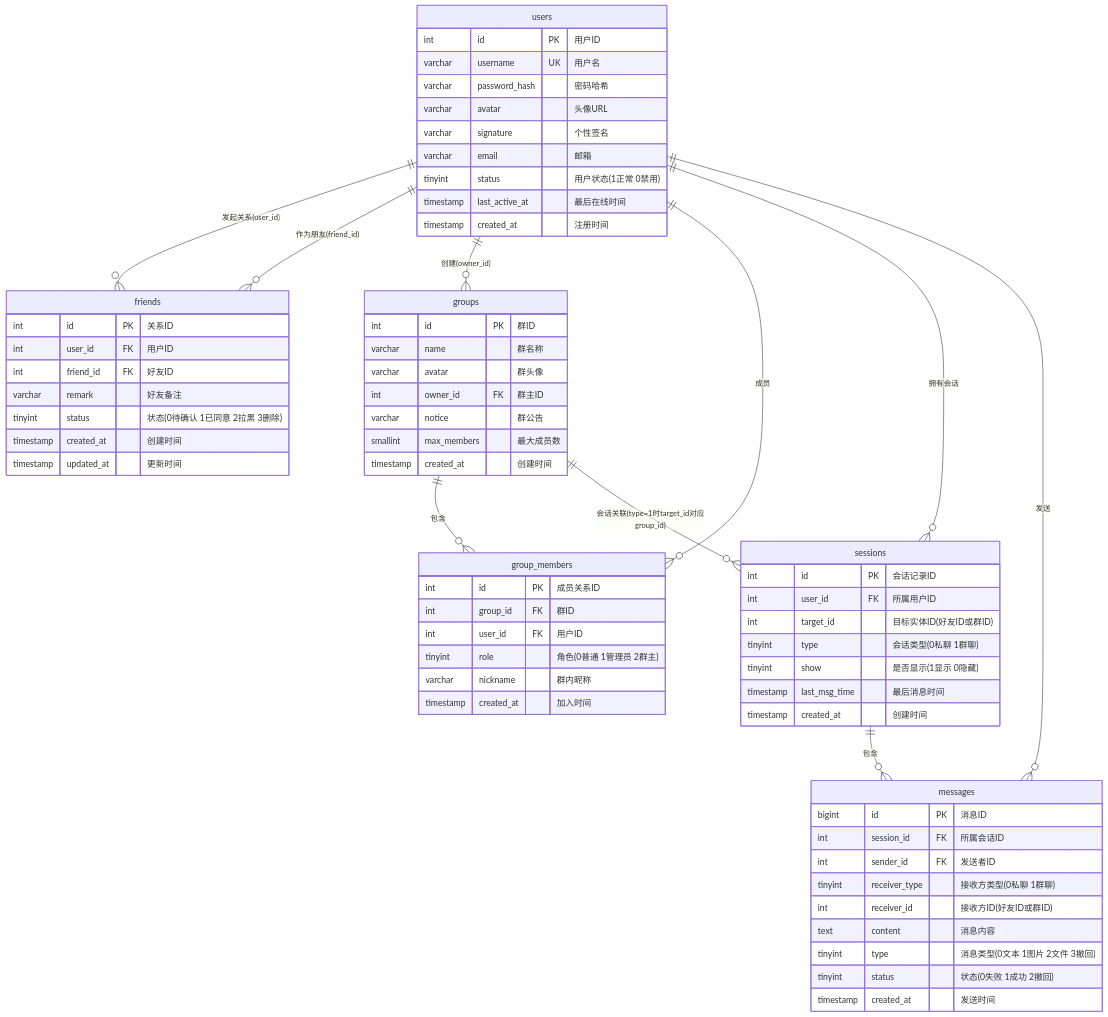
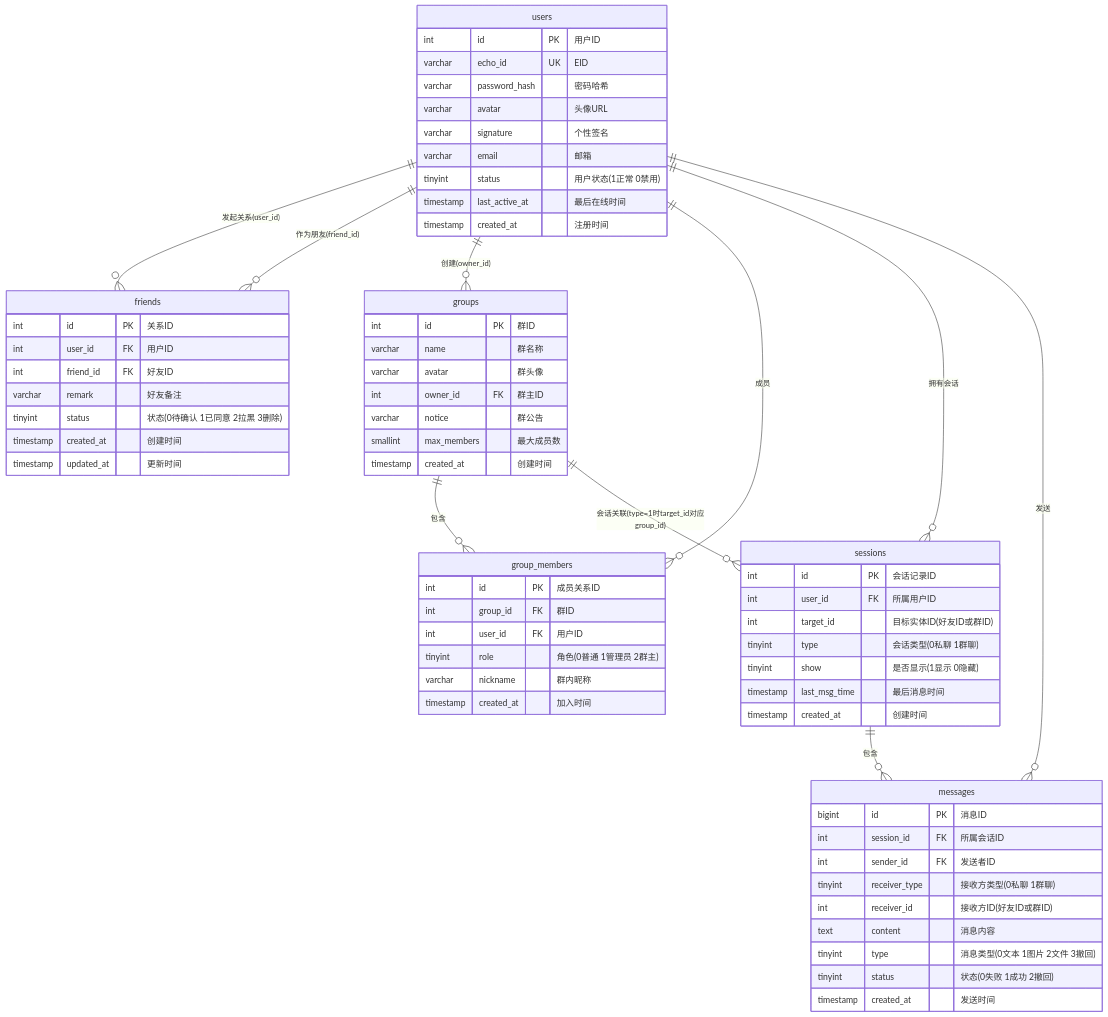
The diagram in README.md (LinggbSir/ai-vue-im), drawn with Mermaid before and after one commit. The commit also changed 16 other files, not shown here.

````diff
--- a/README.md
+++ b/README.md
@@ -7,75 +7,75 @@
 ```mermaid
 erDiagram
     users {
         int id PK "用户ID"
-        varchar username UK "用户名"
+        varchar echo_id UK "EID"
         varchar password_hash "密码哈希"
         varchar avatar "头像URL"
         varchar signature "个性签名"
         varchar email "邮箱"
         tinyint status "用户状态(1正常 0禁用)"
         timestamp last_active_at "最后在线时间"
         timestamp created_at "注册时间"
     }
 
     friends {
         int id PK "关系ID"
         int user_id FK "用户ID"
         int friend_id FK "好友ID"
         varchar remark "好友备注"
         tinyint status "状态(0待确认 1已同意 2拉黑 3删除)"
         timestamp created_at "创建时间"
         timestamp updated_at "更新时间"
     }
 
     groups {
         int id PK "群ID"
         varchar name "群名称"
         varchar avatar "群头像"
         int owner_id FK "群主ID"
         varchar notice "群公告"
         smallint max_members "最大成员数"
         timestamp created_at "创建时间"
     }
 
     group_members {
         int id PK "成员关系ID"
         int group_id FK "群ID"
         int user_id FK "用户ID"
         tinyint role "角色(0普通 1管理员 2群主)"
         varchar nickname "群内昵称"
         timestamp created_at "加入时间"
     }
 
     sessions {
         int id PK "会话记录ID"
         int user_id FK "所属用户ID"
         int target_id "目标实体ID(好友ID或群ID)"
         tinyint type "会话类型(0私聊 1群聊)"
         tinyint show "是否显示(1显示 0隐藏)"
         timestamp last_msg_time "最后消息时间"
         timestamp created_at "创建时间"
     }
 
     messages {
         bigint id PK "消息ID"
         int session_id FK "所属会话ID"
         int sender_id FK "发送者ID"
         tinyint receiver_type "接收方类型(0私聊 1群聊)"
         int receiver_id "接收方ID(好友ID或群ID)"
         text content "消息内容"
         tinyint type "消息类型(0文本 1图片 2文件 3撤回)"
         tinyint status "状态(0失败 1成功 2撤回)"
         timestamp created_at "发送时间"
     }
 
     users ||--o{ friends : "发起关系(user_id)"
     users ||--o{ friends : "作为朋友(friend_id)"
     users ||--o{ groups : "创建(owner_id)"
     users ||--o{ group_members : "成员"
     users ||--o{ sessions : "拥有会话"
     users ||--o{ messages : "发送"
     groups ||--o{ group_members : "包含"
     groups ||--o{ sessions : "会话关联(type=1时target_id对应group_id)"
     sessions ||--o{ messages : "包含"
 ```
````
